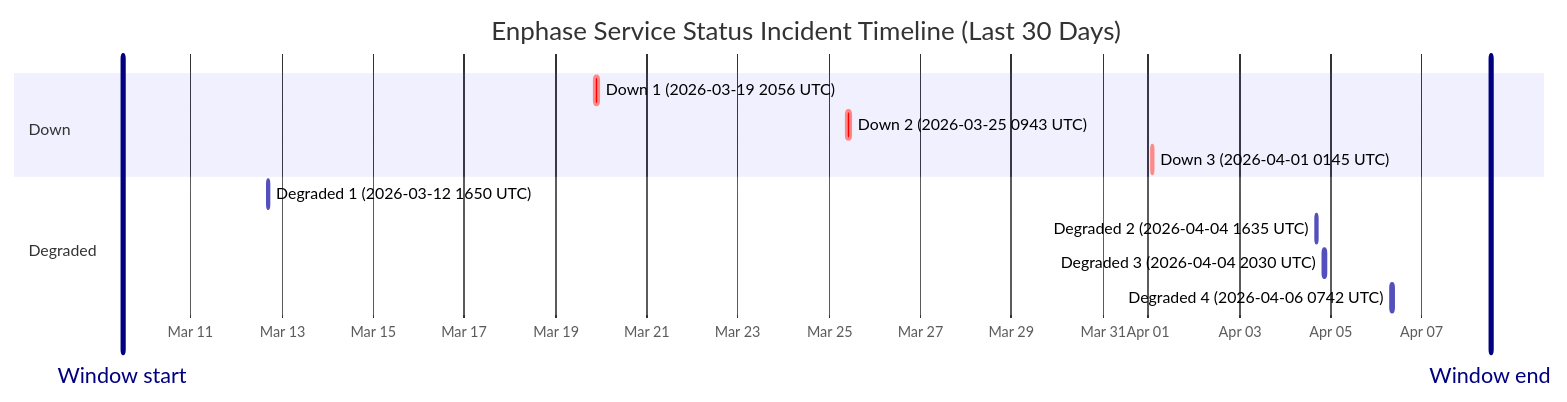
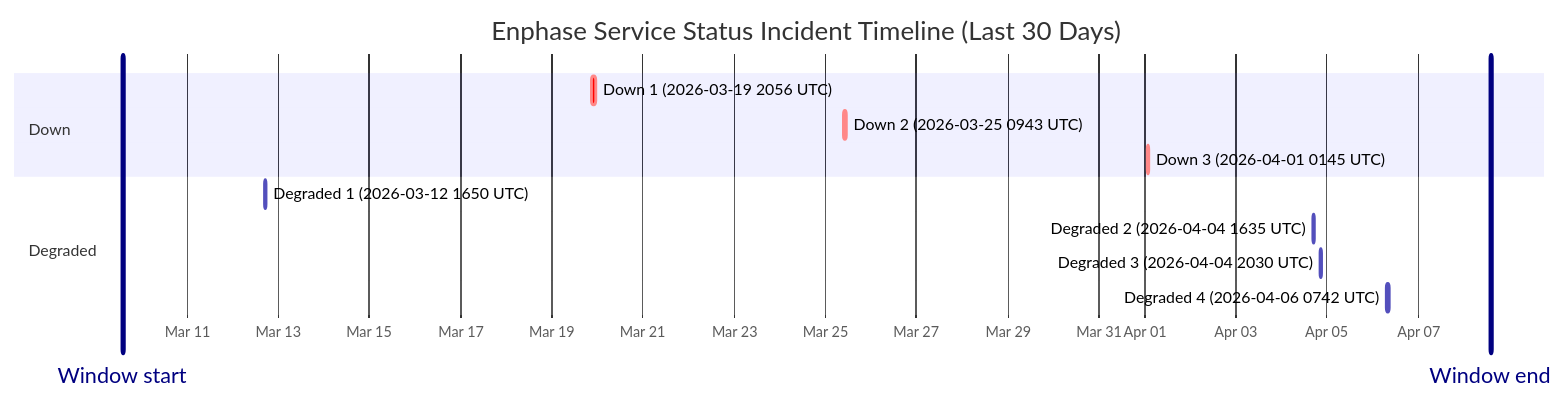
One commit to barneyonline/ha-enphase-ev-charger changed the diagram in wiki/Service-Status-History.md. Above: the diagram before and after it, drawn with Mermaid. The commit also changed other lines of this file and 3 other files, not shown here.

````diff
--- a/wiki/Service-Status-History.md
+++ b/wiki/Service-Status-History.md
@@ -14,17 +14,17 @@
 ```mermaid
 gantt
     title Enphase Service Status Incident Timeline (Last 30 Days)
     dateFormat  YYYY-MM-DDTHH:mm:ss
     axisFormat  %b %d
-    Window start :vert, window-start, 2026-03-09T12:10:20, 0ms
-    Window end :vert, window-end, 2026-04-08T12:10:20, 0ms
+    Window start :vert, window-start, 2026-03-09T14:08:30, 0ms
+    Window end :vert, window-end, 2026-04-08T14:08:30, 0ms
     section Down
     Down 1 (2026-03-19 2056 UTC) :crit, down-1, 2026-03-19T20:56:20, 145m
     Down 2 (2026-03-25 0943 UTC) :crit, down-2, 2026-03-25T09:43:28, 111m
     Down 3 (2026-04-01 0145 UTC) :crit, down-3, 2026-04-01T01:45:09, 60m
     section Degraded
     Degraded 1 (2026-03-12 1650 UTC) :active, degraded-1, 2026-03-12T16:50:43, 60m
     Degraded 2 (2026-04-04 1635 UTC) :active, degraded-2, 2026-04-04T16:35:17, 60m
     Degraded 3 (2026-04-04 2030 UTC) :active, degraded-3, 2026-04-04T20:30:40, 60m
     Degraded 4 (2026-04-06 0742 UTC) :active, degraded-4, 2026-04-06T07:42:09, 85m
 ```
````
